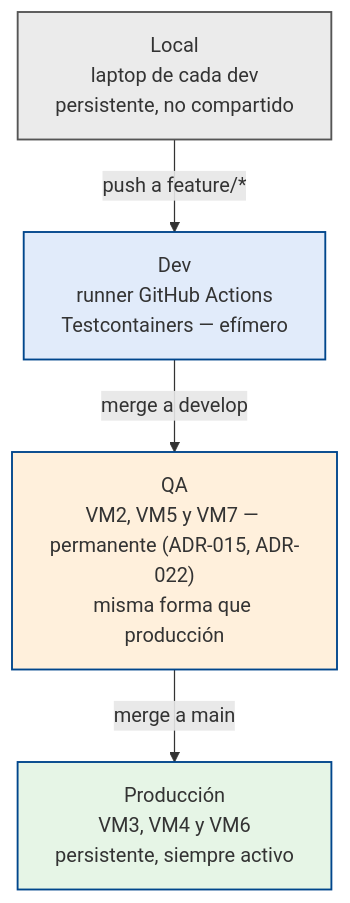
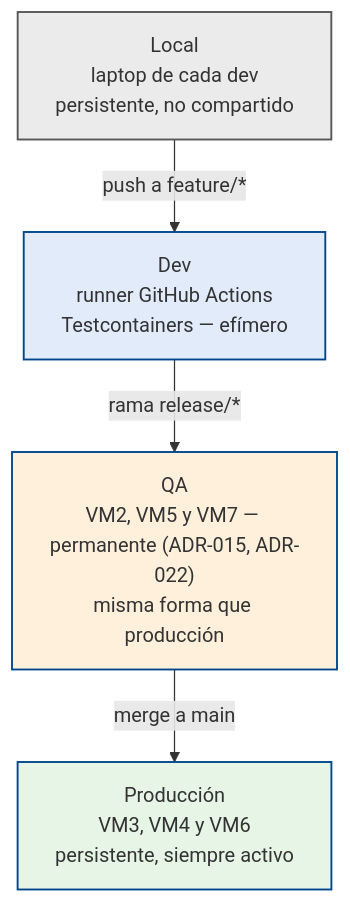
One commit to ARQUI-202630/quickpatch changed the sixth of 7 diagrams in docs/architecture/SDD.md. Above: the diagram before and after it, drawn with Mermaid. The commit also changed other lines of this file, not shown here.

````diff
--- a/docs/architecture/SDD.md
+++ b/docs/architecture/SDD.md
@@ -1317,16 +1322,16 @@
 ```mermaid
 flowchart TB
     L["Local<br/>laptop de cada dev<br/>persistente, no compartido"]
     D["Dev<br/>runner GitHub Actions<br/>Testcontainers — efímero"]
     Q["QA<br/>VM2, VM5 y VM7 — permanente (ADR-015, ADR-022)<br/>misma forma que producción"]
     P["Producción<br/>VM3, VM4 y VM6<br/>persistente, siempre activo"]
 
     L -->|"push a feature/*"| D
-    D -->|"merge a develop"| Q
+    D -->|"rama release/*"| Q
     Q -->|"merge a main"| P
 
     style L fill:#EBEBEB,stroke:#555555,stroke-width:1.5px
     style D fill:#E1EBFA,stroke:#00468C,stroke-width:1.5px
     style Q fill:#FFF0DC,stroke:#00468C,stroke-width:1.5px
     style P fill:#E6F5E6,stroke:#00468C,stroke-width:1.5px
 ```
````
